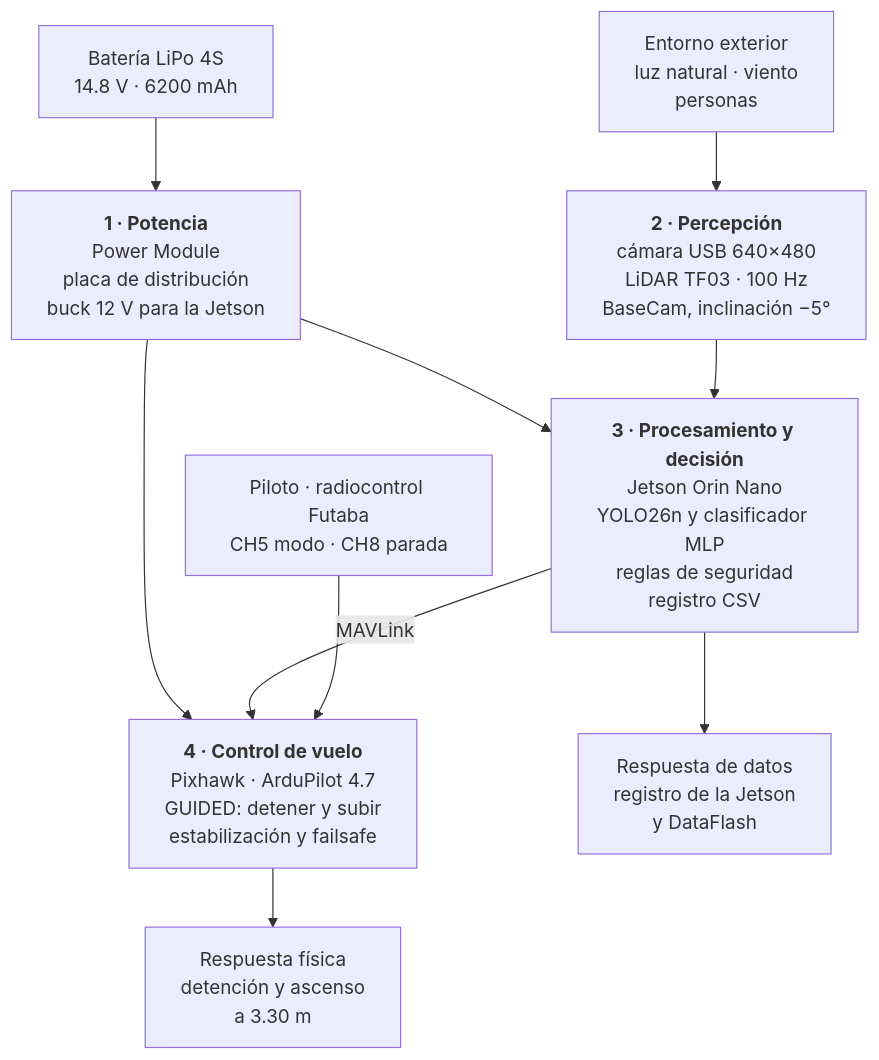
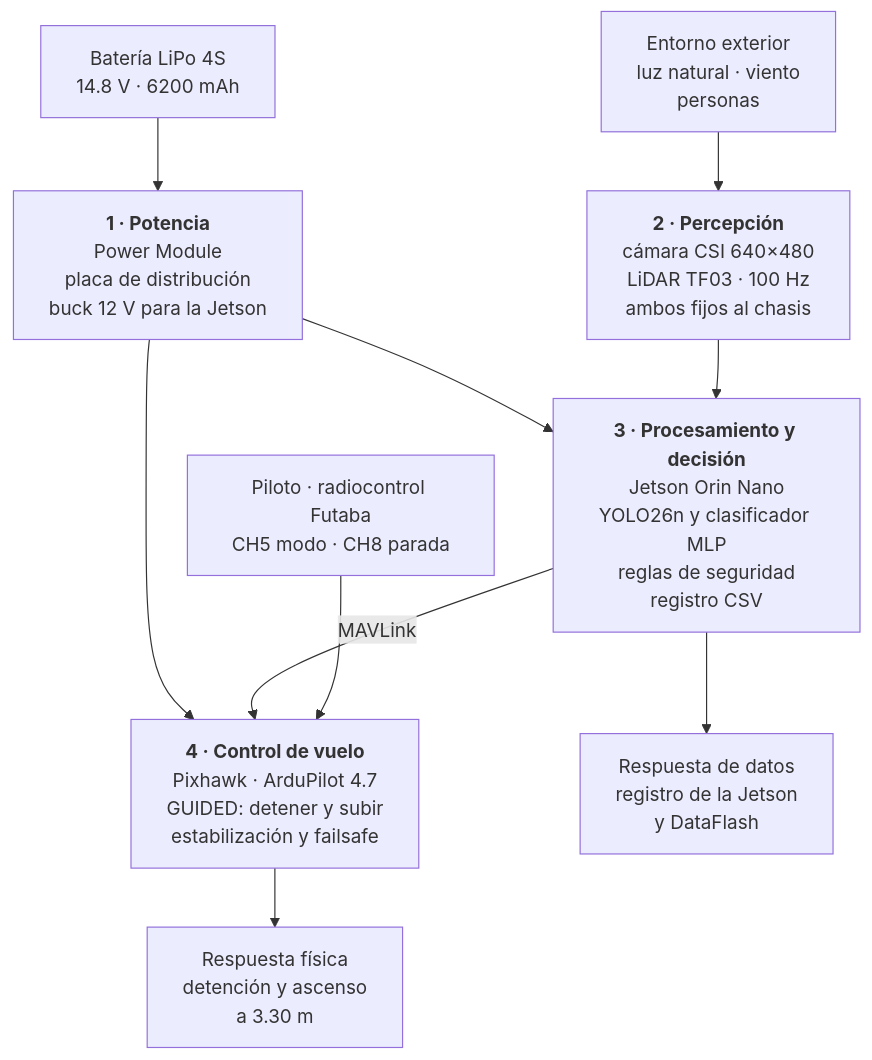
One commit to brahianorrego/Talos-AI changed the diagram in 08_EVIDENCIA_Y_DIAGRAMAS/diagramas/07_caja_transparente.mmd. Above: the diagram before and after it, drawn with Mermaid. The commit also changed 177 other files, not shown here.

```diff
--- a/08_EVIDENCIA_Y_DIAGRAMAS/diagramas/07_caja_transparente.mmd
+++ b/08_EVIDENCIA_Y_DIAGRAMAS/diagramas/07_caja_transparente.mmd
@@ -1,19 +1,19 @@
 flowchart TB
     BAT["Batería LiPo 4S<br/>14.8 V · 6200 mAh"]
     ENT["Entorno exterior<br/>luz natural · viento<br/>personas"]
     RC["Piloto · radiocontrol Futaba<br/>CH5 modo · CH8 parada"]
     POT["<b>1 · Potencia</b><br/>Power Module<br/>placa de distribución<br/>buck 12 V para la Jetson"]
-    PER["<b>2 · Percepción</b><br/>cámara USB 640×480<br/>LiDAR TF03 · 100 Hz<br/>BaseCam, inclinación −5°"]
+    PER["<b>2 · Percepción</b><br/>cámara CSI 640×480<br/>LiDAR TF03 · 100 Hz<br/>ambos fijos al chasis"]
     DEC["<b>3 · Procesamiento y decisión</b><br/>Jetson Orin Nano<br/>YOLO26n y clasificador MLP<br/>reglas de seguridad<br/>registro CSV"]
     CTL["<b>4 · Control de vuelo</b><br/>Pixhawk · ArduPilot 4.7<br/>GUIDED: detener y subir<br/>estabilización y failsafe"]
     OUT1["Respuesta física<br/>detención y ascenso<br/>a 3.30 m"]
     OUT2["Respuesta de datos<br/>registro de la Jetson<br/>y DataFlash"]
     BAT --> POT
     ENT --> PER
     POT --> DEC
     PER --> DEC
     POT --> CTL
     DEC -->|"MAVLink"| CTL
     RC --> CTL
     CTL --> OUT1
     DEC --> OUT2
```
